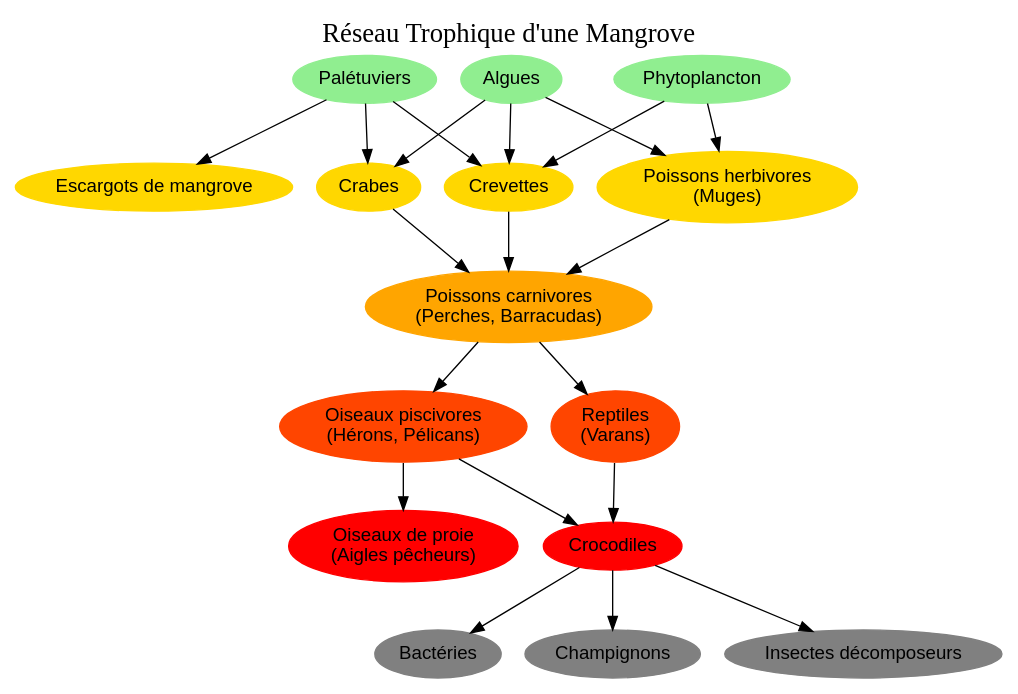
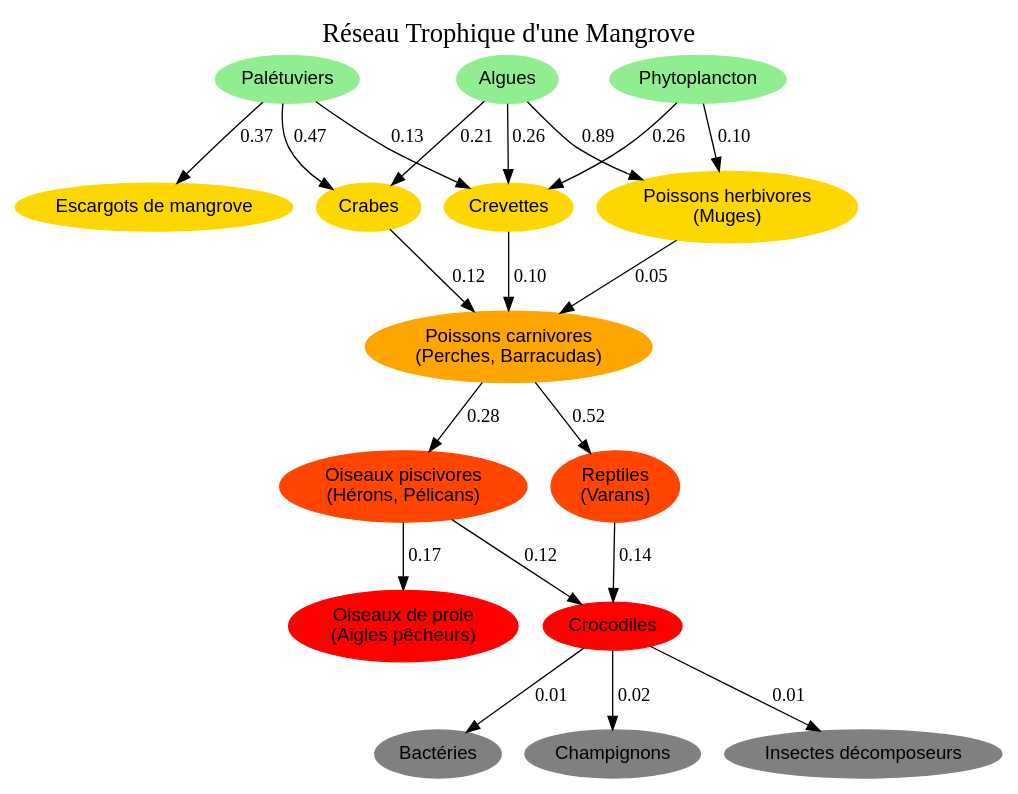
Before and after one commit to zhjacques/Projet-TDG: the diagram in mangrove.dot, drawn with Graphviz. The commit also changed other lines of this file and 8 other files, not shown here.

```diff
--- a/mangrove.dot
+++ b/mangrove.dot
@@ -1,45 +1,45 @@
 digraph Mangrove {
     label="Réseau Trophique d'une Mangrove";
     labelloc="top";
     fontsize=20;
 
     // Couleurs des groupes
     node [style=filled, fontname="Arial"];
     "Palétuviers" [color=lightgreen];
     "Algues" [color=lightgreen];
     "Phytoplancton" [color=lightgreen];
     "Escargots de mangrove" [color=gold];
     "Crabes" [color=gold];
     "Crevettes" [color=gold];
     "Poissons herbivores\n(Muges)" [color=gold];
     "Poissons carnivores\n(Perches, Barracudas)" [color=orange];
     "Oiseaux piscivores\n(Hérons, Pélicans)" [color=orangered];
     "Reptiles\n(Varans)" [color=orangered];
     "Oiseaux de proie\n(Aigles pêcheurs)" [color=red];
     "Crocodiles" [color=red];
     "Bactéries" [color=gray];
     "Champignons" [color=gray];
     "Insectes décomposeurs" [color=gray];
 
-    // Relations
-    "Palétuviers" -> "Escargots de mangrove";
-    "Palétuviers" -> "Crabes";
-    "Palétuviers" -> "Crevettes"; // Connexion ajoutée
-    "Algues" -> "Crabes";
-    "Algues" -> "Crevettes";
-    "Algues" -> "Poissons herbivores\n(Muges)";
-    "Phytoplancton" -> "Poissons herbivores\n(Muges)";
-    "Phytoplancton" -> "Crevettes"; // Connexion ajoutée
-    "Crabes" -> "Poissons carnivores\n(Perches, Barracudas)";
-    "Crevettes" -> "Poissons carnivores\n(Perches, Barracudas)";
-    "Poissons herbivores\n(Muges)" -> "Poissons carnivores\n(Perches, Barracudas)";
-    "Poissons carnivores\n(Perches, Barracudas)" -> "Oiseaux piscivores\n(Hérons, Pélicans)";
-    "Poissons carnivores\n(Perches, Barracudas)" -> "Reptiles\n(Varans)";
-    "Oiseaux piscivores\n(Hérons, Pélicans)" -> "Oiseaux de proie\n(Aigles pêcheurs)";
-    "Oiseaux piscivores\n(Hérons, Pélicans)" -> "Crocodiles";
-    "Reptiles\n(Varans)" -> "Crocodiles";
+    // Relations avec pondération en décimal
+    "Palétuviers" -> "Escargots de mangrove" [label="0.37"];
+    "Palétuviers" -> "Crabes" [label="0.47"];
+    "Palétuviers" -> "Crevettes" [label="0.13"];
+    "Algues" -> "Crabes" [label="0.21"];
+    "Algues" -> "Crevettes" [label="0.26"];
+    "Algues" -> "Poissons herbivores\n(Muges)" [label="0.89"];
+    "Phytoplancton" -> "Poissons herbivores\n(Muges)" [label="0.10"];
+    "Phytoplancton" -> "Crevettes" [label="0.26"];
+    "Crabes" -> "Poissons carnivores\n(Perches, Barracudas)" [label="0.12"];
+    "Crevettes" -> "Poissons carnivores\n(Perches, Barracudas)" [label="0.10"];
+    "Poissons herbivores\n(Muges)" -> "Poissons carnivores\n(Perches, Barracudas)" [label="0.05"];
+    "Poissons carnivores\n(Perches, Barracudas)" -> "Oiseaux piscivores\n(Hérons, Pélicans)" [label="0.28"];
+    "Poissons carnivores\n(Perches, Barracudas)" -> "Reptiles\n(Varans)" [label="0.52"];
+    "Oiseaux piscivores\n(Hérons, Pélicans)" -> "Oiseaux de proie\n(Aigles pêcheurs)" [label="0.17"];
+    "Oiseaux piscivores\n(Hérons, Pélicans)" -> "Crocodiles" [label="0.12"];
+    "Reptiles\n(Varans)" -> "Crocodiles" [label="0.14"];
 
-    "Crocodiles" -> "Bactéries";
-    "Crocodiles" -> "Champignons";
-    "Crocodiles" -> "Insectes décomposeurs";
+    "Crocodiles" -> "Bactéries" [label="0.01"];
+    "Crocodiles" -> "Champignons" [label="0.02"];
+    "Crocodiles" -> "Insectes décomposeurs" [label="0.01"];
 }
```
